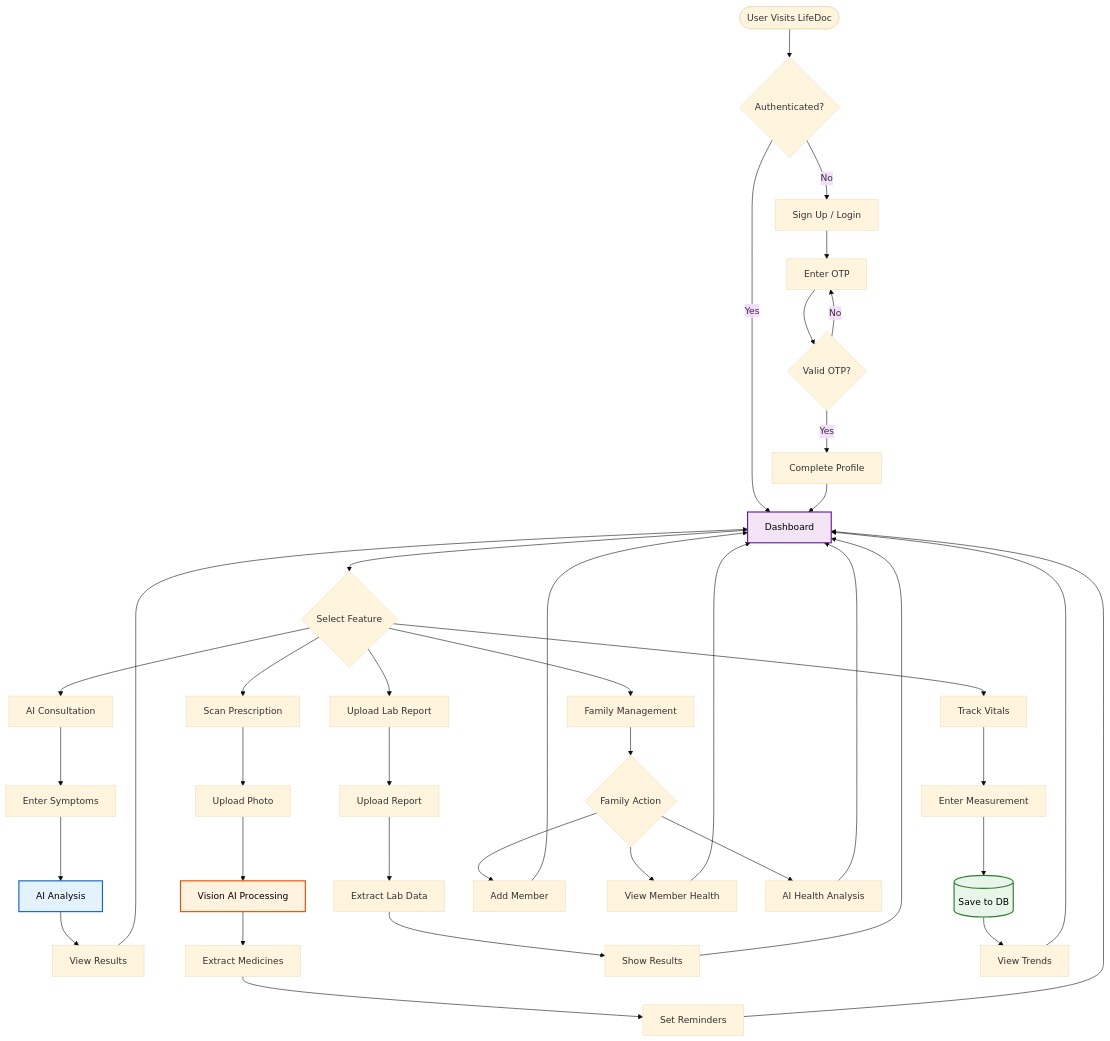
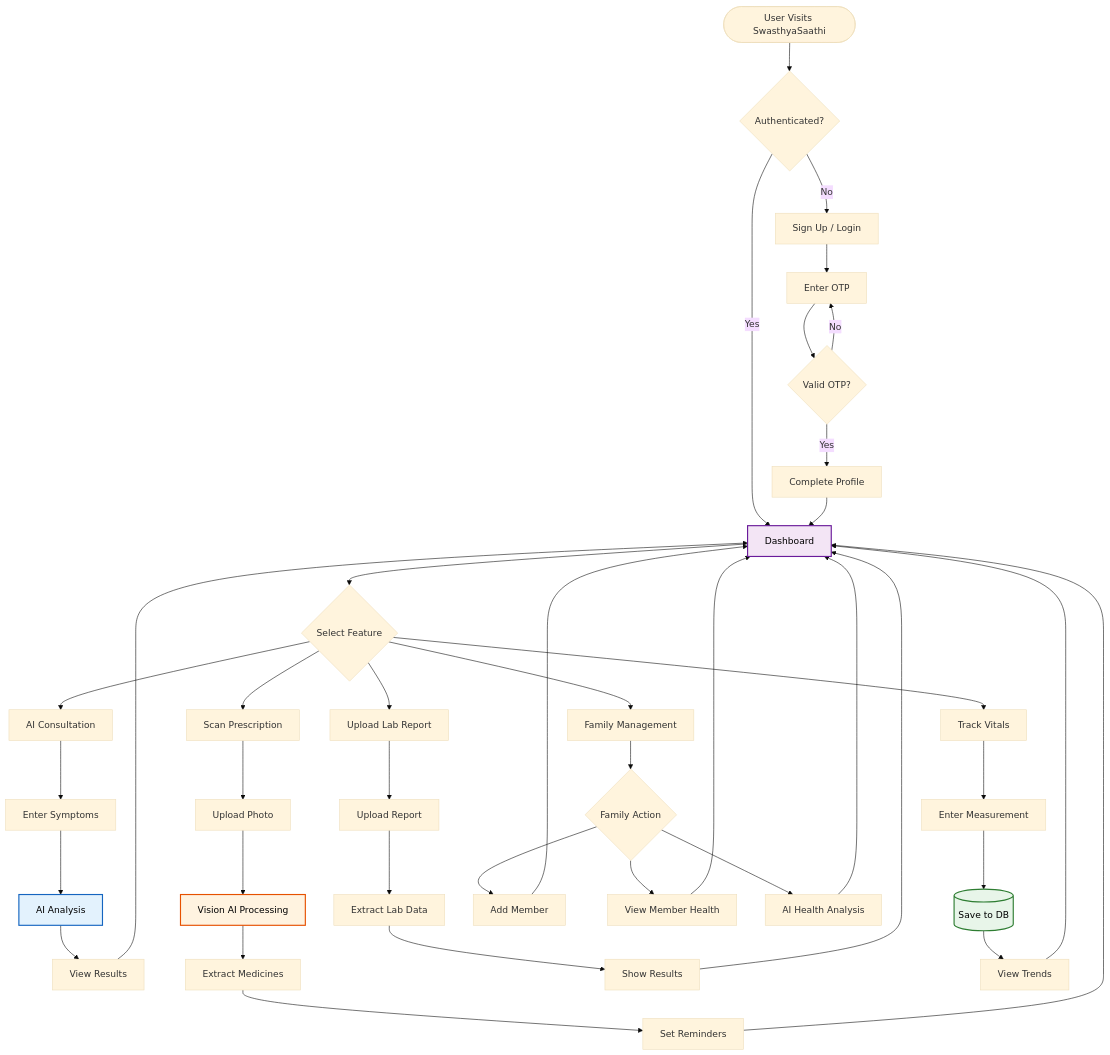
One commit to MohitSoni2021/CRAFTATHON_GU_2026 changed the fourth of 6 diagrams in mainfunction/README.md. Above: the diagram before and after it, drawn with Mermaid (base theme). The commit also changed other lines of this file and 36 other files, not shown here.

````diff
--- a/mainfunction/README.md
+++ b/mainfunction/README.md
@@ -471,55 +471,55 @@
 ```mermaid
 graph TD
-    Start([User Visits LifeDoc]) --> Auth{Authenticated?}
+    Start([User Visits SwasthyaSaathi]) --> Auth{Authenticated?}
     
     Auth -->|No| Signup[Sign Up / Login]
     Auth -->|Yes| Dashboard[Dashboard]
     
     Signup --> OTP[Enter OTP]
     OTP --> Verify{Valid OTP?}
     Verify -->|No| OTP
     Verify -->|Yes| Profile[Complete Profile]
     Profile --> Dashboard
     
     Dashboard --> Features{Select Feature}
     
     Features --> Consult[AI Consultation]
     Features --> Scan[Scan Prescription]
     Features --> Labs[Upload Lab Report]
     Features --> Track[Track Vitals]
     Features --> Family[Family Management]
     
     Consult --> SymptomInput[Enter Symptoms]
     SymptomInput --> AIAnalysis[AI Analysis]
     AIAnalysis --> Results[View Results]
     Results --> Dashboard
     
     Scan --> UploadRx[Upload Photo]
     UploadRx --> OCR[Vision AI Processing]
     OCR --> MedList[Extract Medicines]
     MedList --> SetReminders[Set Reminders]
     SetReminders --> Dashboard
     
     Labs --> UploadLab[Upload Report]
     UploadLab --> LabOCR[Extract Lab Data]
     LabOCR --> LabResult[Show Results]
     LabResult --> Dashboard
     
     Track --> EnterVital[Enter Measurement]
     EnterVital --> Save[(Save to DB)]
     Save --> Charts[View Trends]
     Charts --> Dashboard
     
     Family --> FamilyMenu{Family Action}
     FamilyMenu --> AddMember[Add Member]
     FamilyMenu --> ViewMember[View Member Health]
     FamilyMenu --> Analyze[AI Health Analysis]
     AddMember --> Dashboard
     ViewMember --> Dashboard
     Analyze --> Dashboard
     
     style AIAnalysis fill:#e3f2fd,stroke:#1565c0,stroke-width:2px,color:#000
     style OCR fill:#fff3e0,stroke:#e65100,stroke-width:2px,color:#000
     style Save fill:#e8f5e9,stroke:#2e7d32,stroke-width:2px,color:#000
     style Dashboard fill:#f3e5f5,stroke:#6a1b9a,stroke-width:2px,color:#000
 ```
````
